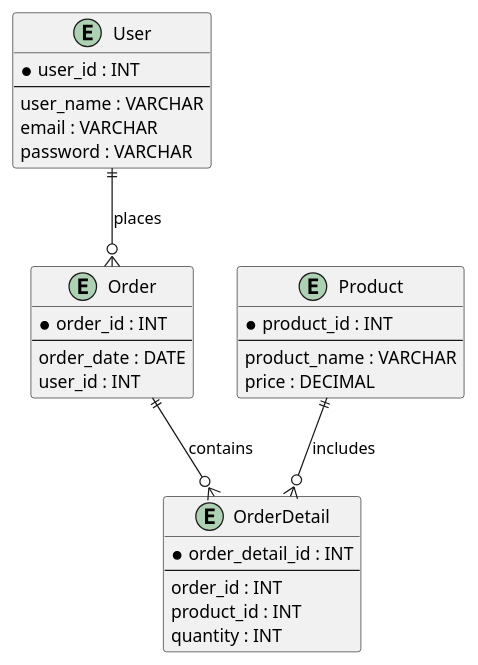
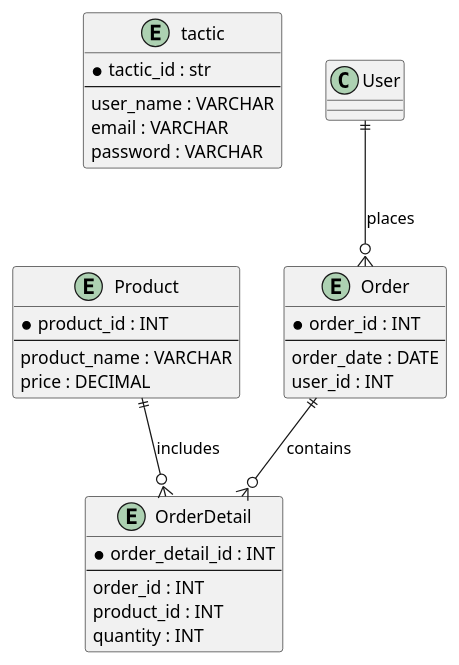
Before and after one commit to RyuichiHashimoto/attack-db: the diagram in uml/ER.puml, drawn with PlantUML.

```diff
--- a/uml/ER.puml
+++ b/uml/ER.puml
@@ -1,37 +1,37 @@
 @startuml
 
-entity User {
-  * user_id : INT
+entity tactic {
+  * tactic_id : str
   ---
   user_name : VARCHAR
   email : VARCHAR
   password : VARCHAR
 }
 
 entity Order {
   * order_id : INT
   ---
   order_date : DATE
   user_id : INT
 }
 
 entity Product {
   * product_id : INT
   ---
   product_name : VARCHAR
   price : DECIMAL
 }
 
 entity OrderDetail {
   * order_detail_id : INT
   ---
   order_id : INT
   product_id : INT
   quantity : INT
 }
 
 User ||--o{ Order : places
 Order ||--o{ OrderDetail : contains
 Product ||--o{ OrderDetail : includes
 
 @enduml
```
